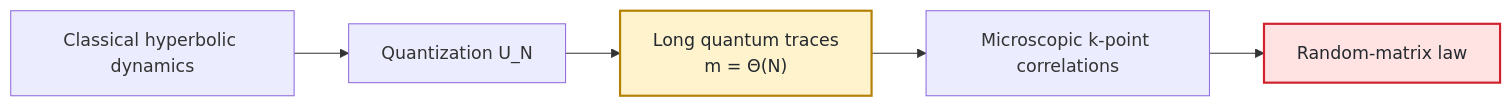
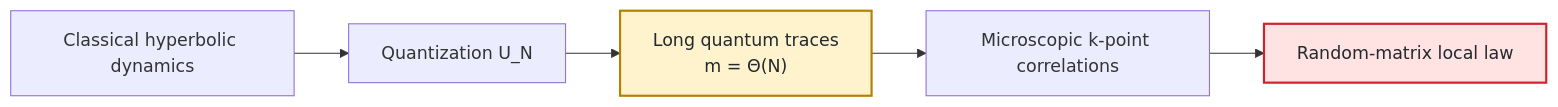
Before and after one commit to ChurilovMaksim/BGS: the first of 3 diagrams in README.md, drawn with Mermaid. The commit also changed other lines of this file and 2 other files, not shown here.

````diff
--- a/README.md
+++ b/README.md
@@ -63,13 +60,13 @@
 ```mermaid
 flowchart LR
     A["Classical hyperbolic dynamics"] --> B["Quantization U_N"]
     B --> C["Long quantum traces<br/>m = Θ(N)"]
     C --> D["Microscopic k-point correlations"]
-    D --> E["Random-matrix law"]
+    D --> E["Random-matrix local law"]
 
     C:::open
     E:::target
 
     classDef open fill:#fff3cd,stroke:#b58105,color:#24292f,stroke-width:2px;
     classDef target fill:#ffe3e3,stroke:#cf222e,color:#24292f,stroke-width:2px;
 ```
````
